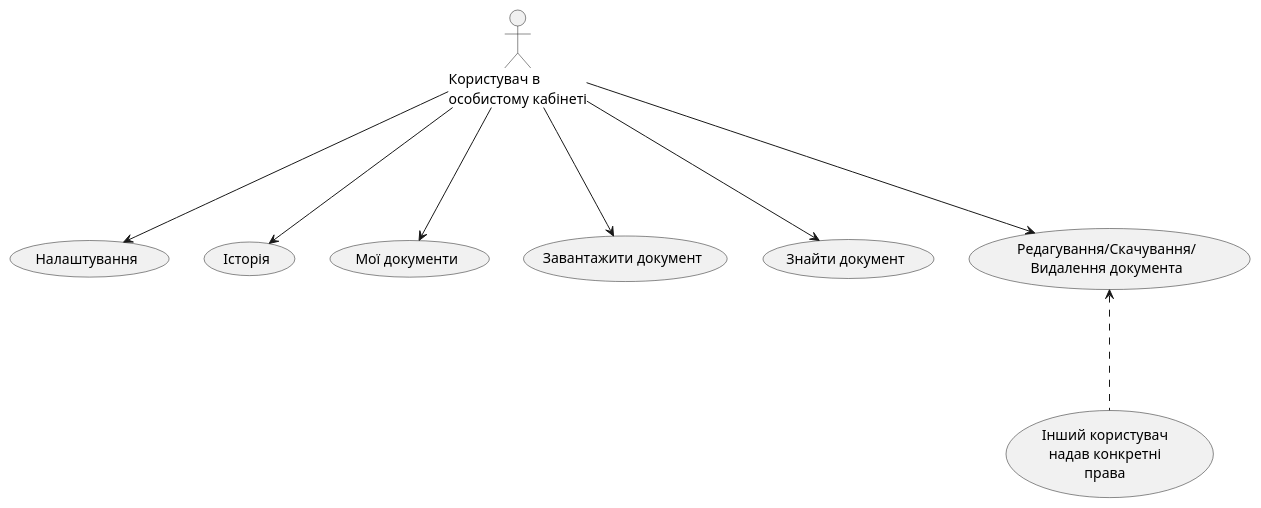
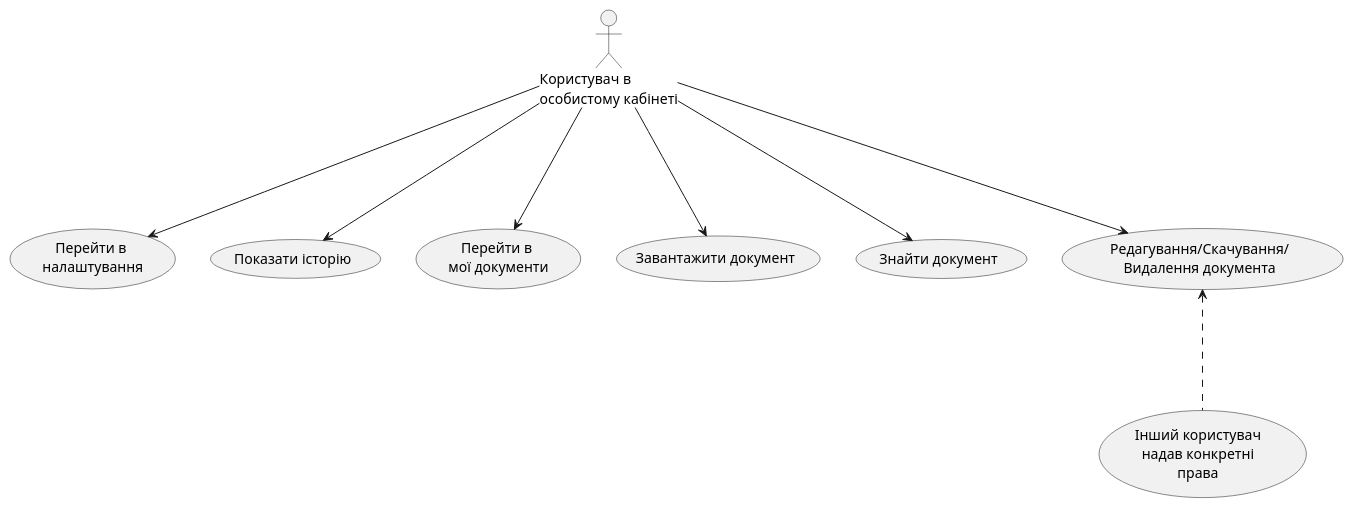
One commit to Ananasik-bet/occured-FICT changed the diagram in Project/doc/useCaseDiagrams/plantUml/personalOffice.puml. Above: the diagram before and after it, drawn with PlantUML.

```diff
--- a/Project/doc/useCaseDiagrams/plantUml/personalOffice.puml
+++ b/Project/doc/useCaseDiagrams/plantUml/personalOffice.puml
@@ -1,14 +1,14 @@
 @startuml
 
 :Користувач в \nособистому кабінеті: as user
 
-user--->(Налаштування)
-user--->(Історія)
-user--->(Мої документи)
+user--->(Перейти в \nналаштування)
+user--->(Показати історію)
+user--->(Перейти в \nмої документи)
 user--->(Завантажити документ)
 user--->(Знайти документ)
 user--->(Редагування/Скачування/\nВидалення документа)
 
 (Редагування/Скачування/\nВидалення документа)<...(Інший користувач \nнадав конкретні \nправа )
 
 @endum
```
